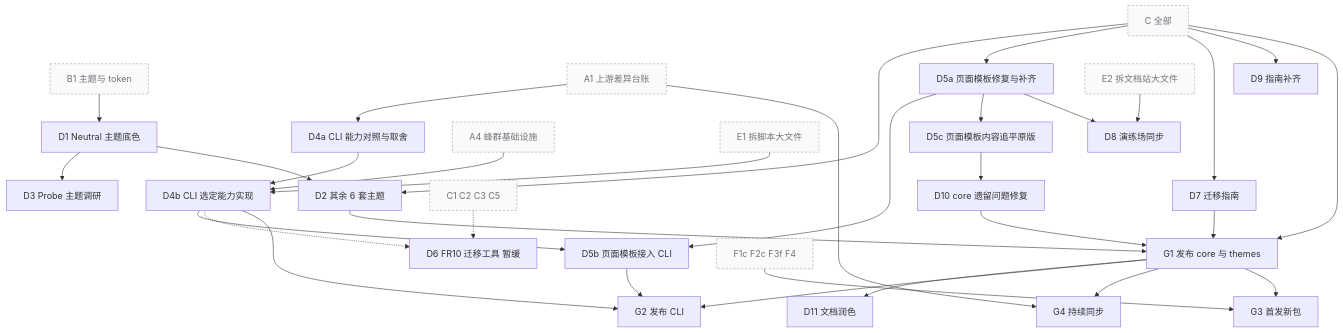
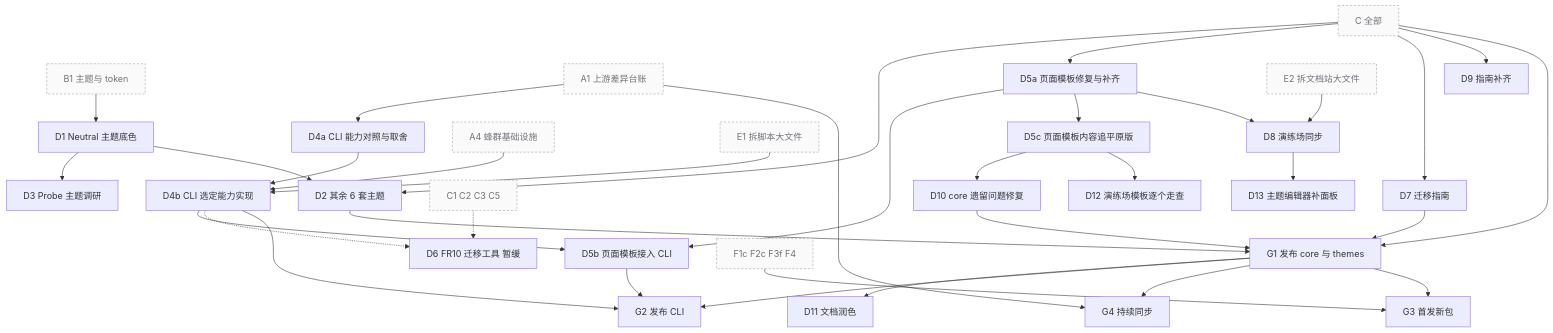
One commit to astryx-vue/astryx-vue changed the fifth of 6 diagrams in .agents-work/upstream-sync-0.7.1/ROADMAP.md. Above: the diagram before and after it, drawn with Mermaid. The commit also changed other lines of this file and 45 other files, not shown here.

````diff
--- a/.agents-work/upstream-sync-0.7.1/ROADMAP.md
+++ b/.agents-work/upstream-sync-0.7.1/ROADMAP.md
@@ -229,29 +231,31 @@
 ```mermaid
 flowchart TB
   classDef ext fill:#fafafa,stroke:#a1a1aa,stroke-dasharray:4 3,color:#71717a
   B1["B1 主题与 token"]:::ext --> D1["D1 Neutral 主题底色"]
   D1 --> D3["D3 Probe 主题调研"]
   CALL["C 全部"]:::ext
   D1 & CALL --> D2["D2 其余 6 套主题"]
   A1["A1 上游差异台账"]:::ext --> D4a["D4a CLI 能力对照与取舍"]
   D4a --> D4b["D4b CLI 选定能力实现"]
   A4["A4 蜂群基础设施"]:::ext --> D4b
   E1["E1 拆脚本大文件"]:::ext --> D4b
   CALL --> D5a["D5a 页面模板修复与补齐"]
   D5a & D4b --> D5b["D5b 页面模板接入 CLI"]
   D5a --> D5c["D5c 页面模板内容追平原版"]
   D4b -.-> D6["D6 FR10 迁移工具 暂缓"]
   C1235["C1 C2 C3 C5"]:::ext -.-> D6
   CALL --> D7["D7 迁移指南"]
   CALL --> D9["D9 指南补齐"]
   D5a --> D8["D8 演练场同步"]
   E2["E2 拆文档站大文件"]:::ext --> D8
   D5c --> D10["D10 core 遗留问题修复"]
   G1 --> D11["D11 文档润色"]
+  D5c --> D12["D12 演练场模板逐个走查"]
+  D8 --> D13["D13 主题编辑器补面板"]
   CALL & D2 & D7 & D10 --> G1["G1 发布 core 与 themes"]
   G1 & D4b & D5b --> G2["G2 发布 CLI"]
   A1 --> G4["G4 持续同步"]
   G1 --> G4
   G1 --> G3["G3 首发新包"]
   FDOC["F1c F2c F3f F4"]:::ext --> G3
 ```
````
